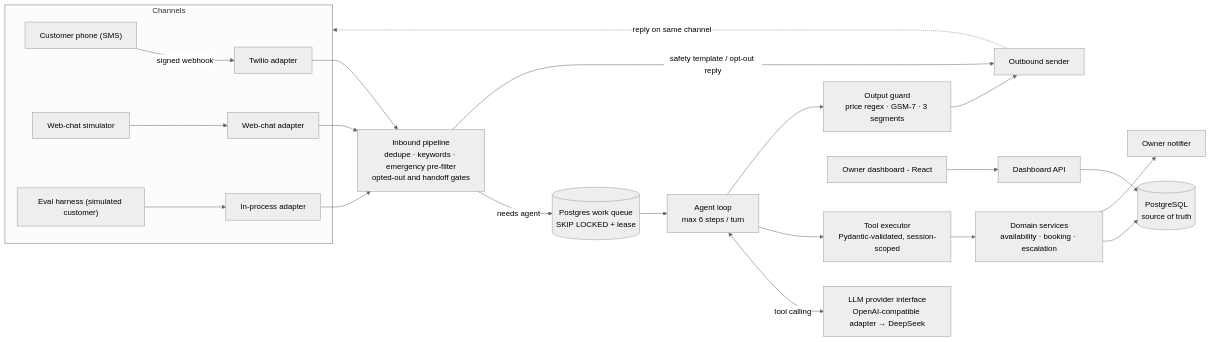
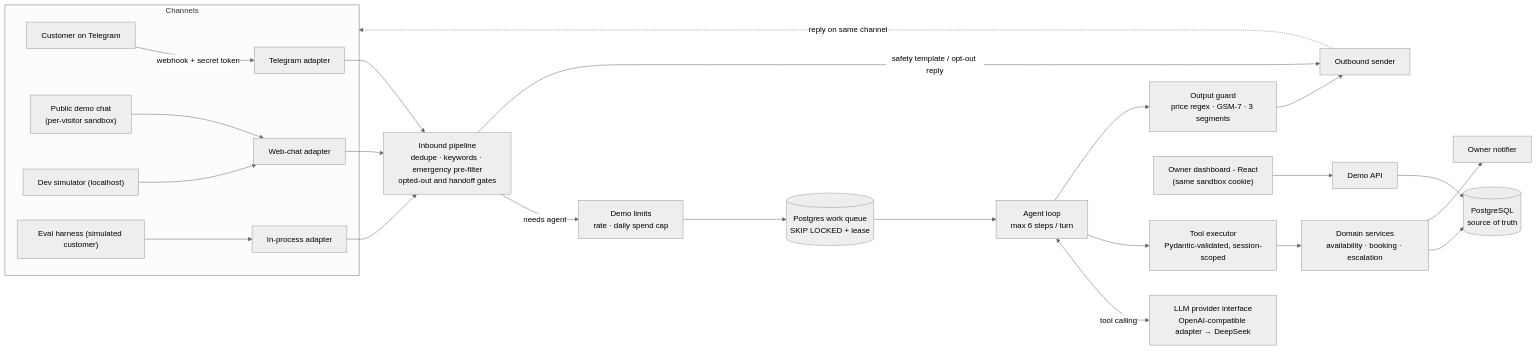
One commit to anuj13579/sms-booking-agent changed the first of 3 diagrams in docs/DESIGN.md. Above: the diagram before and after it, drawn with Mermaid (neutral theme). The commit also changed other lines of this file and 4 other files, not shown here.

First line of the commit message:
docs: replace Twilio with a public demo and Telegram bot (D-033 to D-037)

````diff
--- a/docs/DESIGN.md
+++ b/docs/DESIGN.md
@@ -38,21 +41,23 @@
 ```mermaid
 flowchart LR
   subgraph CH[Channels]
-    SMS["Customer phone (SMS)"] -->|signed webhook| TW[Twilio adapter]
-    WEB[Web-chat simulator] --> WC[Web-chat adapter]
+    TG["Customer on Telegram"] -->|webhook + secret token| TA[Telegram adapter]
+    WEB["Public demo chat<br/>(per-visitor sandbox)"] --> WC[Web-chat adapter]
+    DEV["Dev simulator (localhost)"] --> WC
     SIM["Eval harness (simulated customer)"] --> IP[In-process adapter]
   end
-  TW & WC & IP --> PIPE["Inbound pipeline<br/>dedupe · keywords · emergency pre-filter<br/>opted-out and handoff gates"]
-  PIPE -->|needs agent| Q[("Postgres work queue<br/>SKIP LOCKED + lease")]
+  TA & WC & IP --> PIPE["Inbound pipeline<br/>dedupe · keywords · emergency pre-filter<br/>opted-out and handoff gates"]
+  PIPE -->|needs agent| LIM["Demo limits<br/>rate · daily spend cap"]
+  LIM --> Q[("Postgres work queue<br/>SKIP LOCKED + lease")]
   Q --> AG["Agent loop<br/>max 6 steps / turn"]
   AG <-->|tool calling| LLM["LLM provider interface<br/>OpenAI-compatible adapter → DeepSeek"]
   AG --> EX["Tool executor<br/>Pydantic-validated, session-scoped"]
   EX --> DOM["Domain services<br/>availability · booking · escalation"]
   DOM --> DB[("PostgreSQL<br/>source of truth")]
   AG --> GUARD["Output guard<br/>price regex · GSM-7 · 3 segments"]
   GUARD --> OUT[Outbound sender]
   PIPE -->|safety template / opt-out reply| OUT
   OUT -.->|reply on same channel| CH
   DOM --> NOTIFY[Owner notifier]
-  DASH[Owner dashboard - React] --> API[Dashboard API] --> DB
+  DASH["Owner dashboard - React<br/>(same sandbox cookie)"] --> API[Demo API] --> DB
 ```
````
